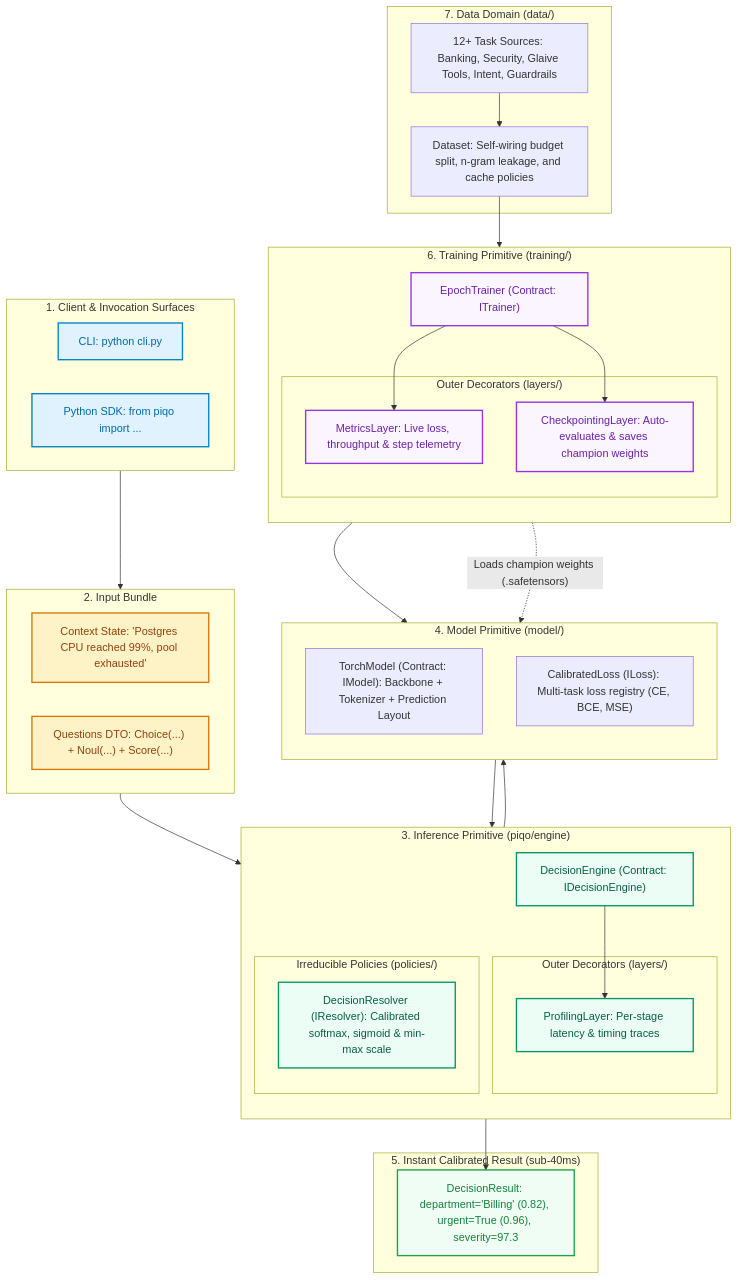
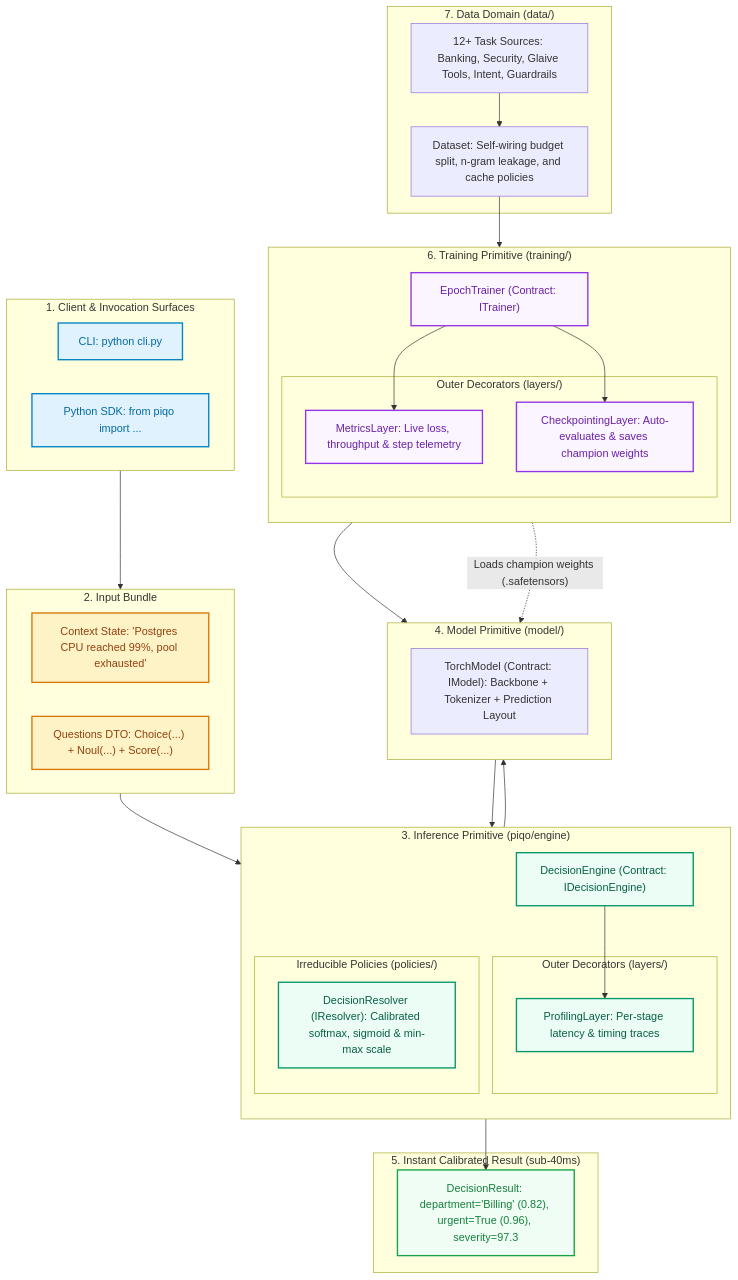
Before and after one commit to MrRazor22/NanoLLM: the diagram in README.md, drawn with Mermaid. The commit also changed other lines of this file and 13 other files, not shown here.

````diff
--- a/README.md
+++ b/README.md
@@ -9,81 +9,80 @@
 ```mermaid
 flowchart TD
     classDef client fill:#e0f2fe,stroke:#0284c7,stroke-width:2px,color:#0369a1;
     classDef input fill:#fef3c7,stroke:#d97706,stroke-width:2px,color:#92400e;
     classDef engine fill:#ecfdf5,stroke:#059669,stroke-width:2px,color:#065f46;
     classDef output fill:#f0fdf4,stroke:#16a34a,stroke-width:2px,color:#15803d;
     classDef trainer fill:#faf5ff,stroke:#9333ea,stroke-width:2px,color:#6b21a8;
     classDef curriculum fill:#fff1f2,stroke:#e11d48,stroke-width:2px,color:#9f1239;
 
     subgraph Client ["1. Client & Invocation Surfaces"]
         CLI["CLI: python cli.py"]
         SDK["Python SDK: from piqo import ..."]
     end
 
     subgraph Inputs ["2. Input Bundle"]
         CTX["Context State: 'Postgres CPU reached 99%, pool exhausted'"]
         QS["Questions DTO: Choice(...) + Noul(...) + Score(...)"]
     end
 
     subgraph InferencePrimitive ["3. Inference Primitive (piqo/engine)"]
         direction TB
         DE["DecisionEngine (Contract: IDecisionEngine)"]
 
         subgraph InfLayers ["Outer Decorators (layers/)"]
             PROF["ProfilingLayer: Per-stage latency & timing traces"]
         end
 
         subgraph InfPolicies ["Irreducible Policies (policies/)"]
             RES["DecisionResolver (IResolver): Calibrated softmax, sigmoid & min-max scale"]
         end
     end
 
     subgraph ModelPrimitive ["4. Model Primitive (model/)"]
         direction TB
         MODEL["TorchModel (Contract: IModel): Backbone + Tokenizer + Prediction Layout"]
-        LOSS["CalibratedLoss (ILoss): Multi-task loss registry (CE, BCE, MSE)"]
     end
 
     subgraph Outputs ["5. Instant Calibrated Result (sub-40ms)"]
         RES_OUT["DecisionResult: department='Billing' (0.82), urgent=True (0.96), severity=97.3"]
     end
 
     subgraph TrainingPrimitive ["6. Training Primitive (training/)"]
         direction TB
         ET["EpochTrainer (Contract: ITrainer)"]
 
         subgraph TrainLayers ["Outer Decorators (layers/)"]
             METRICS["MetricsLayer: Live loss, throughput & step telemetry"]
             CKPT["CheckpointingLayer: Auto-evaluates & saves champion weights"]
         end
     end
 
     subgraph DataEngine ["7. Data Domain (data/)"]
         SOURCES["12+ Task Sources: Banking, Security, Glaive Tools, Intent, Guardrails"]
         TDS["Dataset: Self-wiring budget split, n-gram leakage, and cache policies"]
     end
 
     %% Inference Flow
     Client --> Inputs
     Inputs --> DE
     DE --> PROF
     PROF --> MODEL
     MODEL --> RES
     RES --> RES_OUT
 
     %% Training Flow
     SOURCES --> TDS
     TDS --> ET
     ET --> MODEL
     ET --> METRICS
     ET --> CKPT
     CKPT -. "Loads champion weights (.safetensors)" .-> MODEL
 
     class CLI,SDK client;
     class CTX,QS input;
     class DE,PROF,RES engine;
     class MODEL,LOSS model;
     class RES_OUT output;
     class ET,METRICS,CKPT trainer;
     class SOURCES,TDS data;
 ```
````
